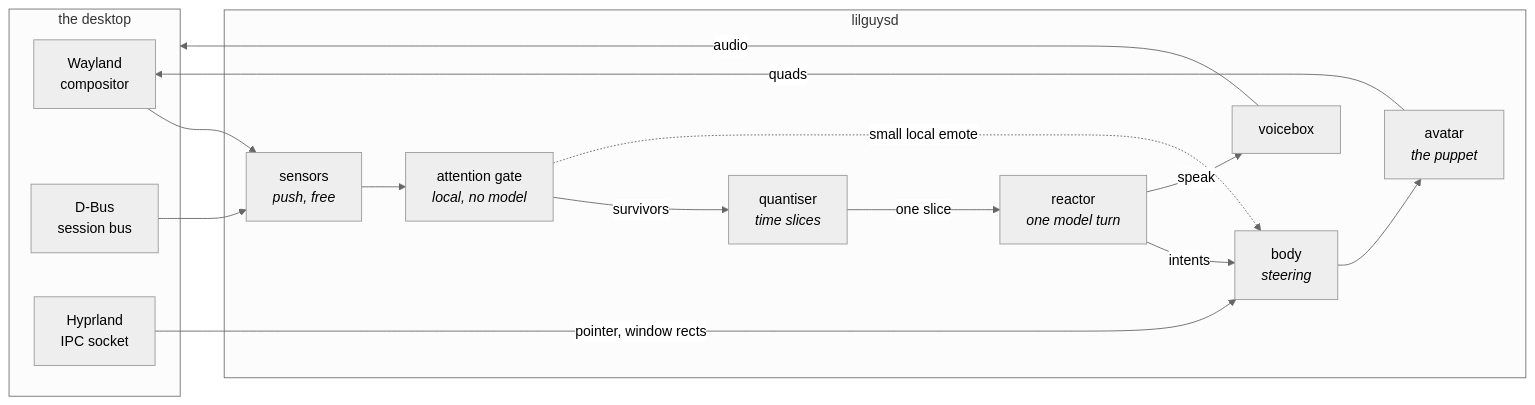
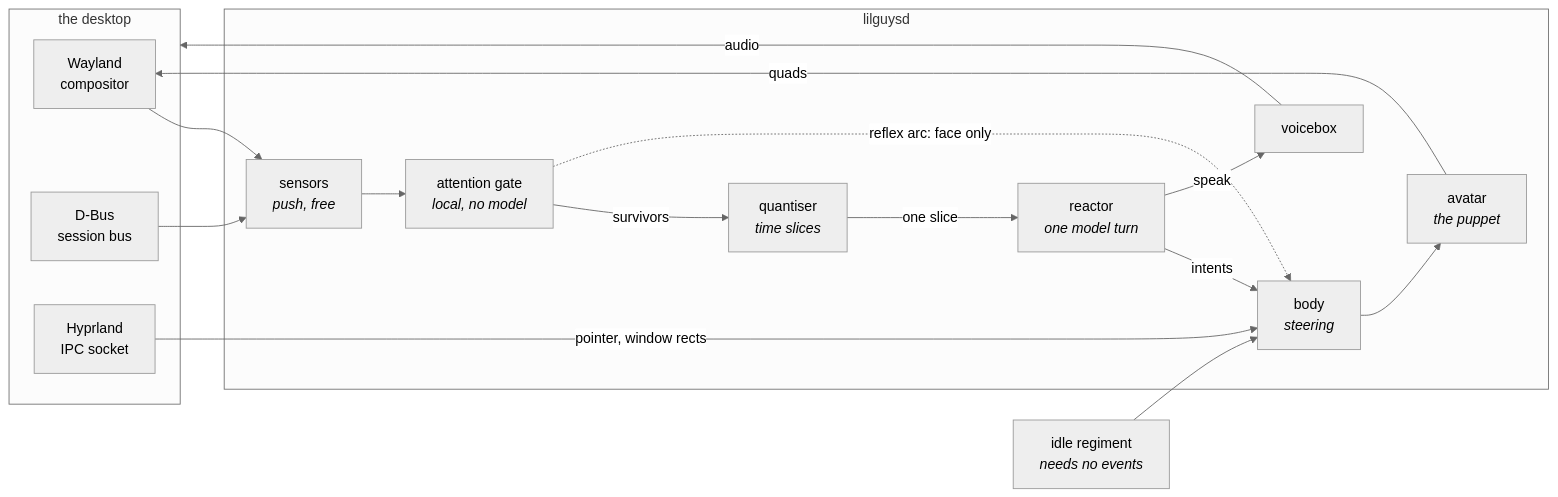
One commit to api-haus/lilguys changed the first of 8 diagrams in docs/architecture.md. Above: the diagram before and after it, drawn with Mermaid (neutral theme). The commit also changed other lines of this file and 2 other files, not shown here.

Commit message:
feat: make the reflex arc a real observation-to-expression mapping

````diff
--- a/docs/architecture.md
+++ b/docs/architecture.md
@@ -12,31 +12,33 @@
 ```mermaid
 flowchart LR
     subgraph world["the desktop"]
         WL["Wayland<br/>compositor"]
         DB["D-Bus<br/>session bus"]
         IPC["Hyprland<br/>IPC socket"]
     end
 
     subgraph daemon["lilguysd"]
         SEN["sensors<br/><i>push, free</i>"]
         GATE["attention gate<br/><i>local, no model</i>"]
         QUANT["quantiser<br/><i>time slices</i>"]
         MIND["reactor<br/><i>one model turn</i>"]
         BODY["body<br/><i>steering</i>"]
         AV["avatar<br/><i>the puppet</i>"]
         VOX["voicebox"]
     end
 
     WL --> SEN
     DB --> SEN
+    IDLE["idle regiment<br/><i>needs no events</i>"]
     SEN --> GATE
     GATE -->|survivors| QUANT
-    GATE -.->|small local emote| BODY
+    GATE -.->|reflex arc: face only| BODY
+    IDLE --> BODY
     QUANT -->|one slice| MIND
     MIND -->|intents| BODY
     MIND -->|speak| VOX
     BODY --> AV
     IPC -->|pointer, window rects| BODY
     AV -->|quads| WL
     VOX -->|audio| world
 ```
````
